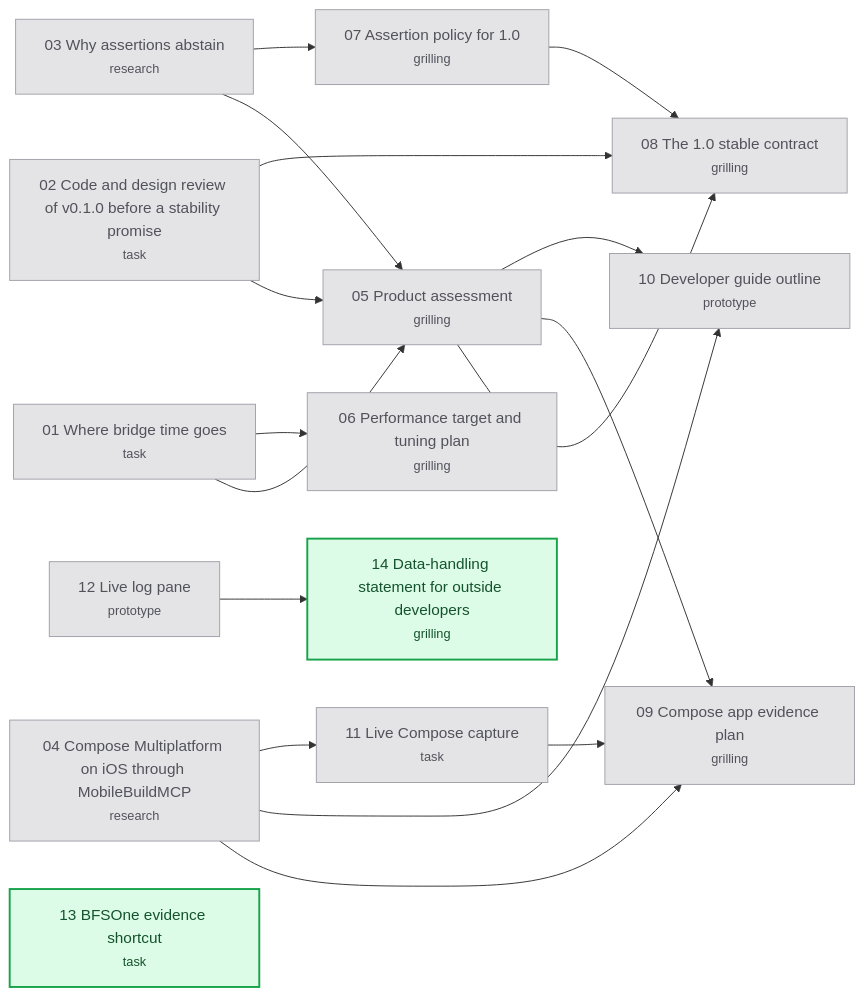
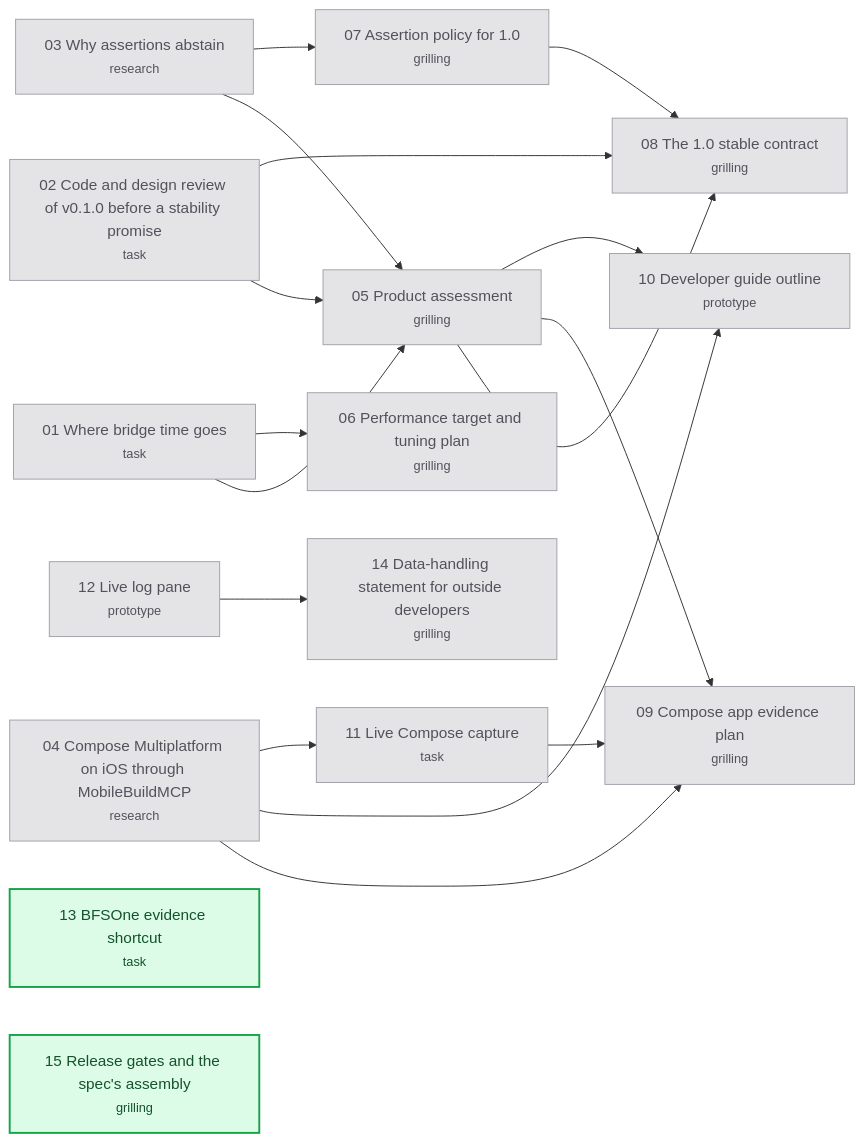
The diagram in .scratch/v1-release/map.md (hugues-vnsgn/jev-ios-bridge), drawn with Mermaid before and after one commit. The commit also changed other lines of this file and 2 other files, not shown here.

Commit message:
docs: settle the data-handling statement and open the release gates ticket

````diff
--- a/.scratch/v1-release/map.md
+++ b/.scratch/v1-release/map.md
@@ -49,38 +50,39 @@
 ```mermaid
 flowchart LR
     T01["01 Where bridge time goes<br/><small>task</small>"]
     T02["02 Code and design review of v0.1.0 before a stability promise<br/><small>task</small>"]
     T03["03 Why assertions abstain<br/><small>research</small>"]
     T04["04 Compose Multiplatform on iOS through MobileBuildMCP<br/><small>research</small>"]
     T05["05 Product assessment<br/><small>grilling</small>"]
     T06["06 Performance target and tuning plan<br/><small>grilling</small>"]
     T07["07 Assertion policy for 1.0<br/><small>grilling</small>"]
     T08["08 The 1.0 stable contract<br/><small>grilling</small>"]
     T09["09 Compose app evidence plan<br/><small>grilling</small>"]
     T10["10 Developer guide outline<br/><small>prototype</small>"]
     T11["11 Live Compose capture<br/><small>task</small>"]
     T12["12 Live log pane<br/><small>prototype</small>"]
     T13["13 BFSOne evidence shortcut<br/><small>task</small>"]
     T14["14 Data-handling statement for outside developers<br/><small>grilling</small>"]
+    T15["15 Release gates and the spec's assembly<br/><small>grilling</small>"]
     T01 --> T05
     T02 --> T05
     T03 --> T05
     T01 --> T06
     T03 --> T07
     T02 --> T08
     T05 --> T08
     T07 --> T08
     T04 --> T09
     T05 --> T09
     T11 --> T09
     T04 --> T10
     T05 --> T10
     T04 --> T11
     T12 --> T14
     classDef resolved fill:#e4e4e7,stroke:#a1a1aa,color:#52525b
     classDef claimed fill:#dbeafe,stroke:#2563eb,color:#1e3a8a
     classDef frontier fill:#dcfce7,stroke:#16a34a,color:#14532d,stroke-width:2px
     classDef blocked fill:#ffffff,stroke:#a1a1aa,color:#18181b
-    class T01,T02,T03,T04,T05,T06,T07,T08,T09,T10,T11,T12 resolved
-    class T13,T14 frontier
+    class T01,T02,T03,T04,T05,T06,T07,T08,T09,T10,T11,T12,T14 resolved
+    class T13,T15 frontier
 ```
````
